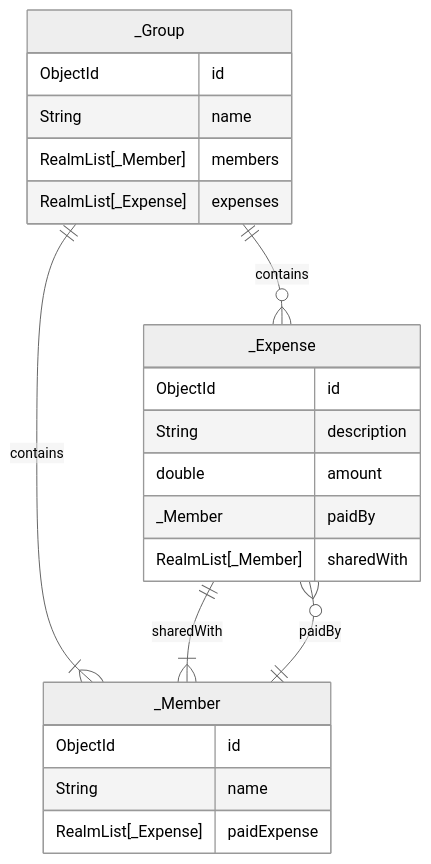
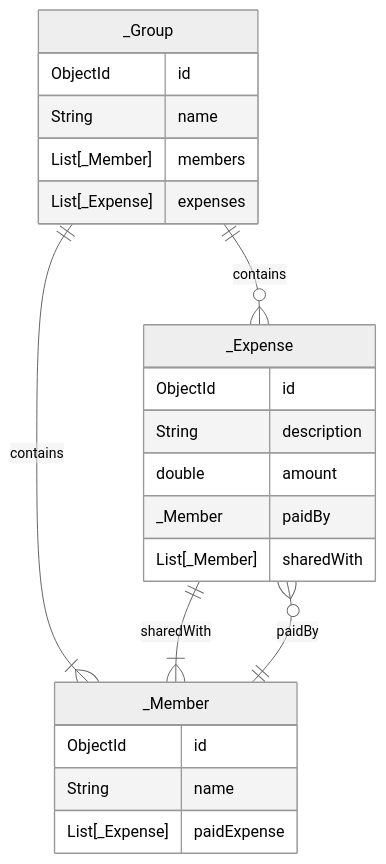
One commit to TEAM-LEG3ND/dango changed the diagram in README.md. Above: the diagram before and after it, drawn with Mermaid (neutral theme).

Commit message:
Update README.md
realmList 대신 최신 realm_dart에서 List 사용

````diff
--- a/README.md
+++ b/README.md
@@ -7,26 +7,26 @@
 ```mermaid
   erDiagram
     _Group ||--o{ _Expense : contains
     _Group ||--|{ _Member : contains
     _Group {
         ObjectId id
         String name
-        RealmList[_Member] members
-        RealmList[_Expense] expenses
+        List[_Member] members
+        List[_Expense] expenses
     }
     _Expense ||--|{ _Member : sharedWith
     _Expense {
         ObjectId id
         String description
         double amount
         _Member paidBy
-        RealmList[_Member] sharedWith
+        List[_Member] sharedWith
     }
     _Member ||--o{_Expense : paidBy
     _Member {
         ObjectId id
         String name
-        RealmList[_Expense] paidExpense
+        List[_Expense] paidExpense
     }
     
 ```
````
